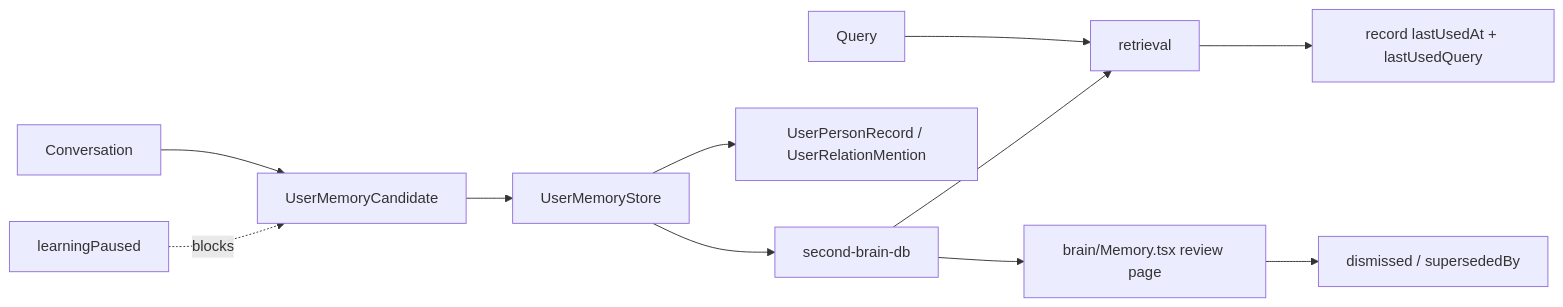
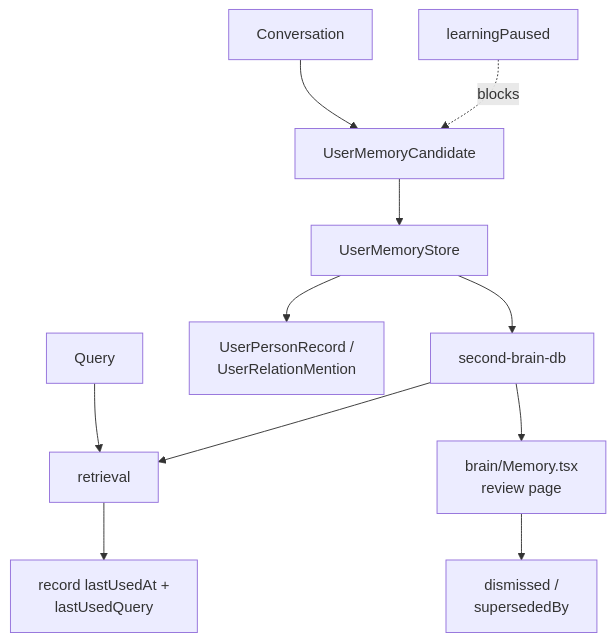
Before and after one commit to neoneye/agent-memory-atlas: the diagram in content/systems/mercury-agent.md, drawn with Mermaid. The commit also changed 99 other files, not shown here.

First line of the commit message:
Reshape the remaining 49 diagrams so their labels are legible

````diff
--- a/content/systems/mercury-agent.md
+++ b/content/systems/mercury-agent.md
@@ -110,13 +110,13 @@
 ```mermaid
-flowchart LR
+flowchart TD
   Conv["Conversation"] --> Cand["UserMemoryCandidate"]
   Cand --> Store["UserMemoryStore"]
   Store --> DB["second-brain-db"]
-  Store --> People["UserPersonRecord / UserRelationMention"]
+  Store --> People["UserPersonRecord /<br/>UserRelationMention"]
   Q["Query"] --> Retr["retrieval"]
   DB --> Retr
-  Retr --> Used["record lastUsedAt + lastUsedQuery"]
-  DB --> UI["brain/Memory.tsx review page"]
-  UI --> Dismiss["dismissed / supersededBy"]
+  Retr --> Used["record lastUsedAt +<br/>lastUsedQuery"]
+  DB --> UI["brain/Memory.tsx<br/>review page"]
+  UI --> Dismiss["dismissed /<br/>supersededBy"]
   Pause["learningPaused"] -.blocks.-> Cand
 ```
````
